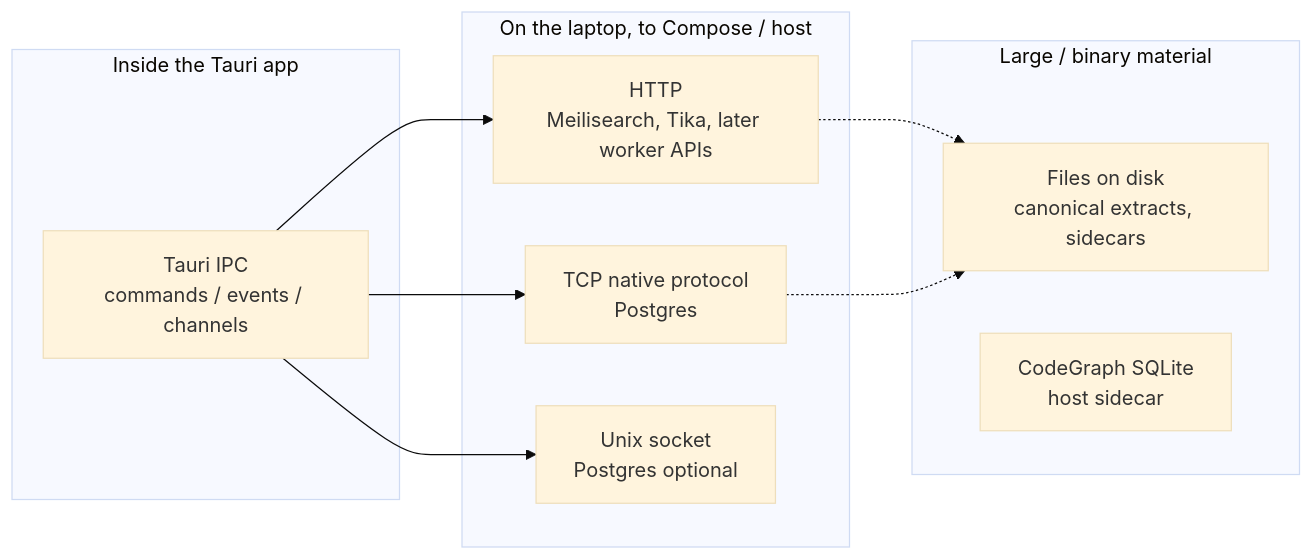
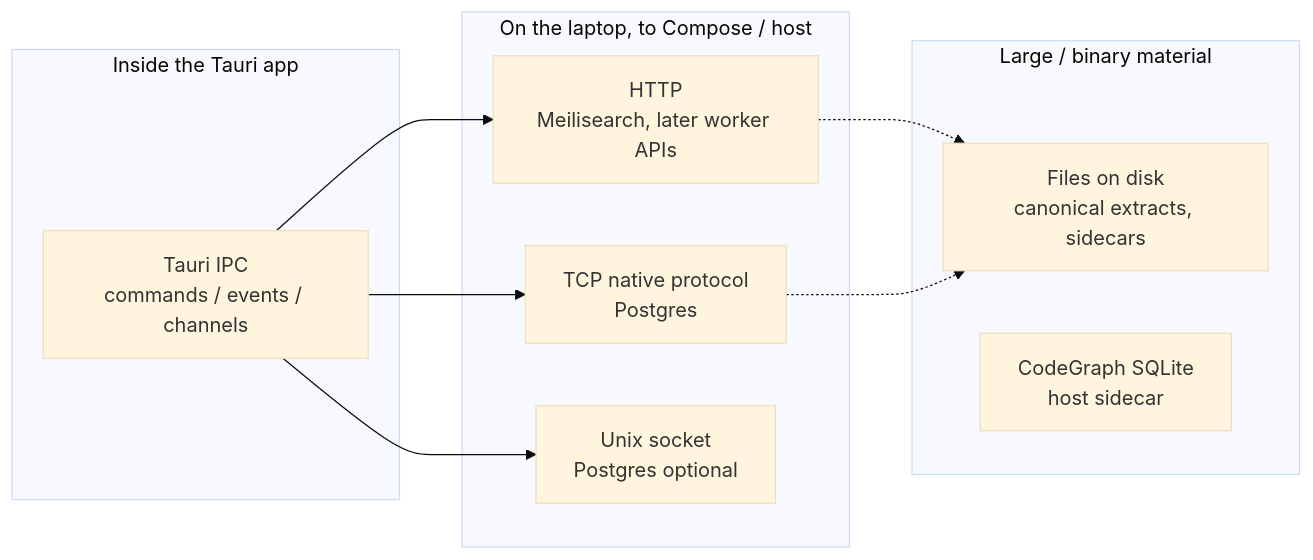
Before and after one commit to Paulmicha/projet-complexe-asc: the sixth of 8 diagrams in data/ideas/2026/08/17-local-dev-stack-architecture.md, drawn with Mermaid (base theme). The commit also changed other lines of this file and 3 other files, not shown here.

Commit message:
Update data/ideas/2026/08/17-local-dev-stack-architecture.md + add data/ideas/2026/08/30-ocr-notes.md

````diff
--- a/data/ideas/2026/08/17-local-dev-stack-architecture.md
+++ b/data/ideas/2026/08/17-local-dev-stack-architecture.md
@@ -319,23 +325,23 @@
 ```mermaid
 flowchart LR
   subgraph inapp["Inside the Tauri app"]
     IPC["Tauri IPC<br/>commands / events / channels"]
   end
 
   subgraph loopback["On the laptop, to Compose / host"]
-    HTTP["HTTP<br/>Meilisearch, Tika, later worker APIs"]
+    HTTP["HTTP<br/>Meilisearch, later worker APIs"]
     TCP["TCP native protocol<br/>Postgres"]
     UNIX["Unix socket<br/>Postgres optional"]
   end
 
   subgraph bulky["Large / binary material"]
     FILES["Files on disk<br/>canonical extracts, sidecars"]
     SQLITE["CodeGraph SQLite<br/>host sidecar"]
   end
 
   IPC --> HTTP
   IPC --> TCP
   IPC --> UNIX
   HTTP -.-> FILES
   TCP -.-> FILES
 ```
````
